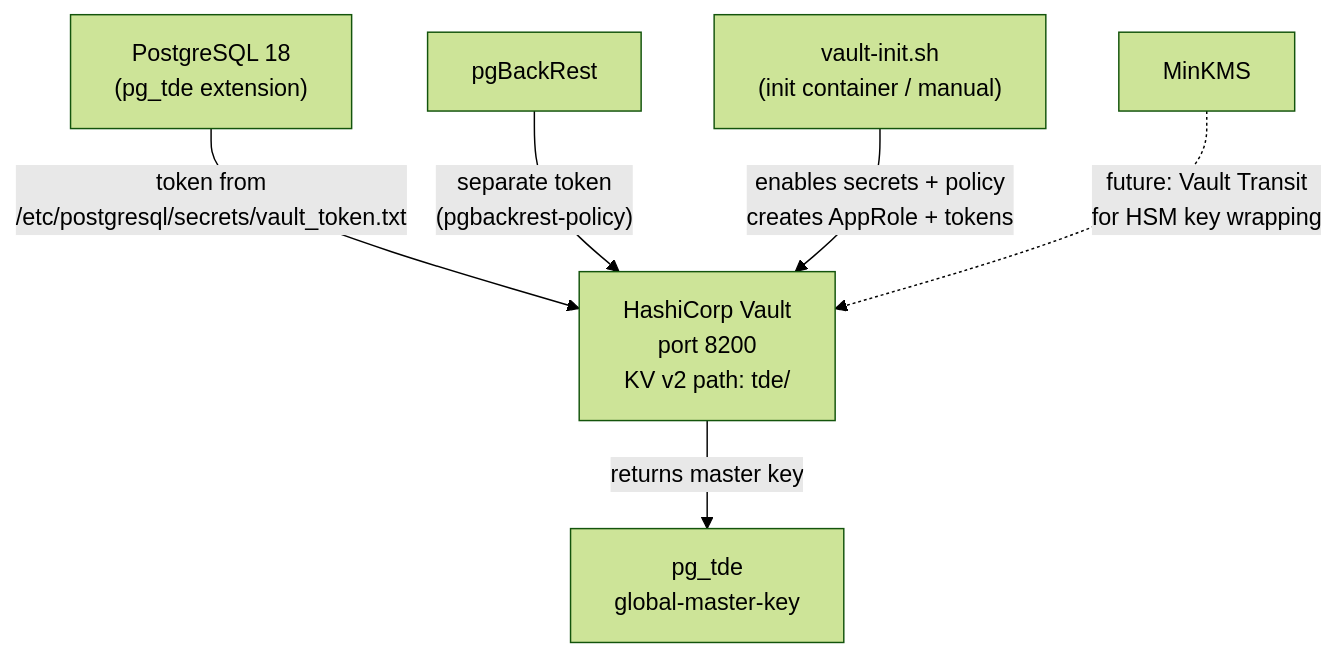
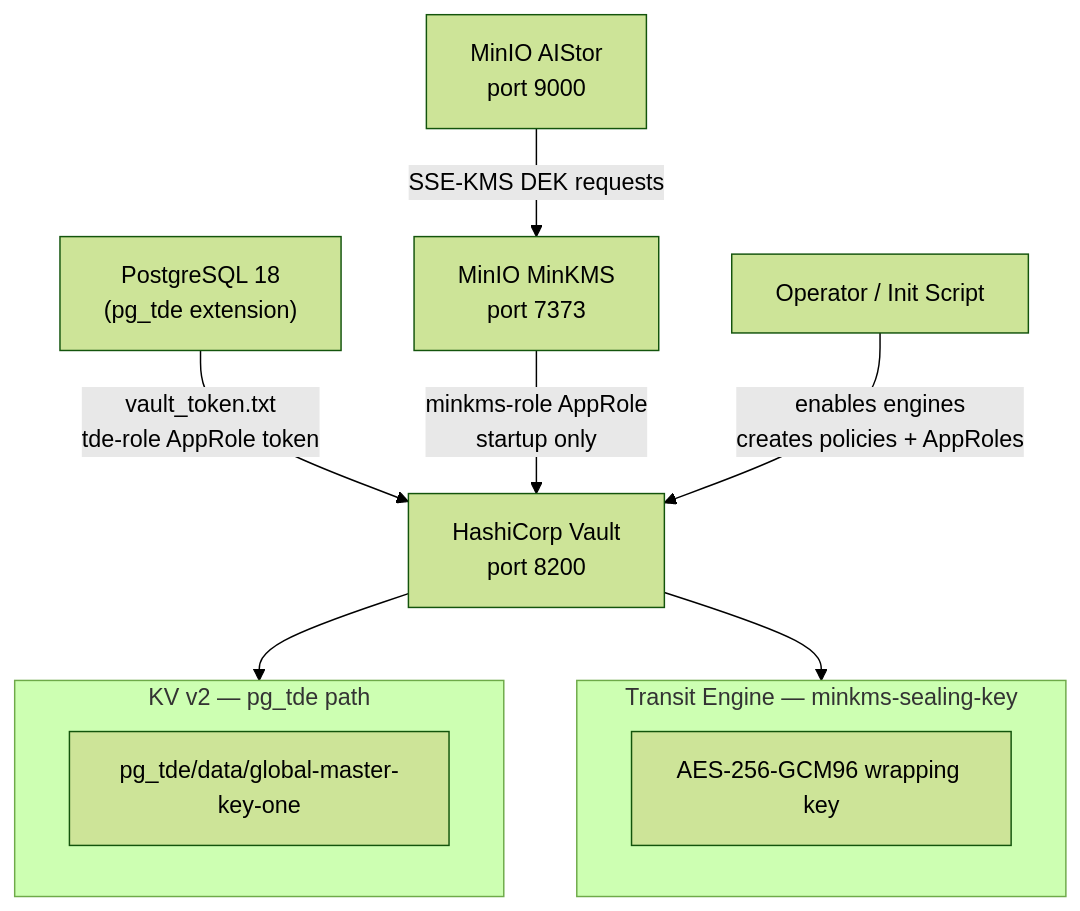
Before and after one commit to xdenistwn/patroni-postgres-tde: the diagram in docs/components/10-vault.md, drawn with Mermaid (forest theme). The commit also changed other lines of this file and 25 other files, not shown here.

Commit message:
feat: implement PostgreSQL PITR restore environment with Vault-backed TDE and MinKMS integration

````diff
--- a/docs/components/10-vault.md
+++ b/docs/components/10-vault.md
@@ -22,8 +25,19 @@
 ```mermaid
 graph TD
-    PG["PostgreSQL 18\n(pg_tde extension)"] -->|"token from\n/etc/postgresql/secrets/vault_token.txt"| VAULT["HashiCorp Vault\nport 8200\nKV v2 path: tde/"]
-    VAULT -->|"returns master key"| PGTDE["pg_tde\nglobal-master-key"]
-    PGBR["pgBackRest"] -->|"separate token\n(pgbackrest-policy)"| VAULT
-    INIT["vault-init.sh\n(init container / manual)"] -->|"enables secrets + policy\ncreates AppRole + tokens"| VAULT
-    MINKMS["MinKMS"] -.->|"future: Vault Transit\nfor HSM key wrapping"| VAULT
+    VAULT["HashiCorp Vault\nport 8200"]
+
+    subgraph KV["KV v2 — pg_tde path"]
+        KVSEC["pg_tde/data/global-master-key-one"]
+    end
+
+    subgraph TRANSIT["Transit Engine — minkms-sealing-key"]
+        TKEY["AES-256-GCM96 wrapping key"]
+    end
+
+    PG["PostgreSQL 18\n(pg_tde extension)"] -->|"vault_token.txt\ntde-role AppRole token"| VAULT
+    VAULT --> KV
+    MINKMS["MinIO MinKMS\nport 7373"] -->|"minkms-role AppRole\nstartup only"| VAULT
+    VAULT --> TRANSIT
+    MINIO["MinIO AIStor\nport 9000"] -->|"SSE-KMS DEK requests"| MINKMS
+    INIT["Operator / Init Script"] -->|"enables engines\ncreates policies + AppRoles"| VAULT
 ```
````
